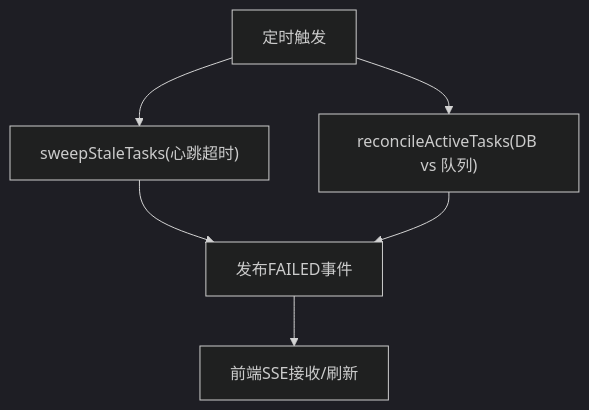
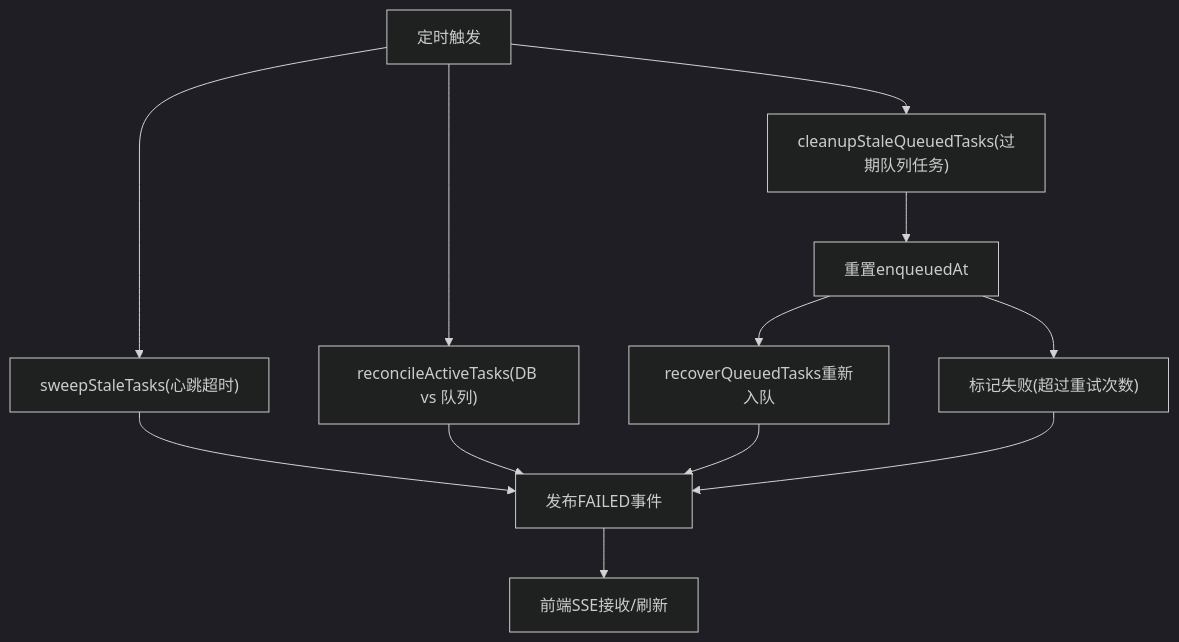
Before and after one commit to lyl2021/waoowaoo: the sixth of 7 diagrams in .qoder/repowiki/zh/content/任务队列系统/任务调度/任务生命周期管理.md, drawn with Mermaid (dark theme). The commit also changed other lines of this file and 15 other files, not shown here.

````diff
--- a/.qoder/repowiki/zh/content/任务队列系统/任务调度/任务生命周期管理.md
+++ b/.qoder/repowiki/zh/content/任务队列系统/任务调度/任务生命周期管理.md
@@ -318,8 +344,14 @@
 ```mermaid
 flowchart TD
 T0["定时触发"] --> Sweep["sweepStaleTasks(心跳超时)"]
 T0 --> Reconcile["reconcileActiveTasks(DB vs 队列)"]
+T0 --> StaleCleanup["cleanupStaleQueuedTasks(过期队列任务)"]
 Sweep --> Publish["发布FAILED事件"]
 Reconcile --> Publish
+StaleCleanup --> Reset["重置enqueuedAt"]
+Reset --> Requeue["recoverQueuedTasks重新入队"]
+Reset --> Fail["标记失败(超过重试次数)"]
+Requeue --> Publish
+Fail --> Publish
 Publish --> UI["前端SSE接收/刷新"]
 ```
````
